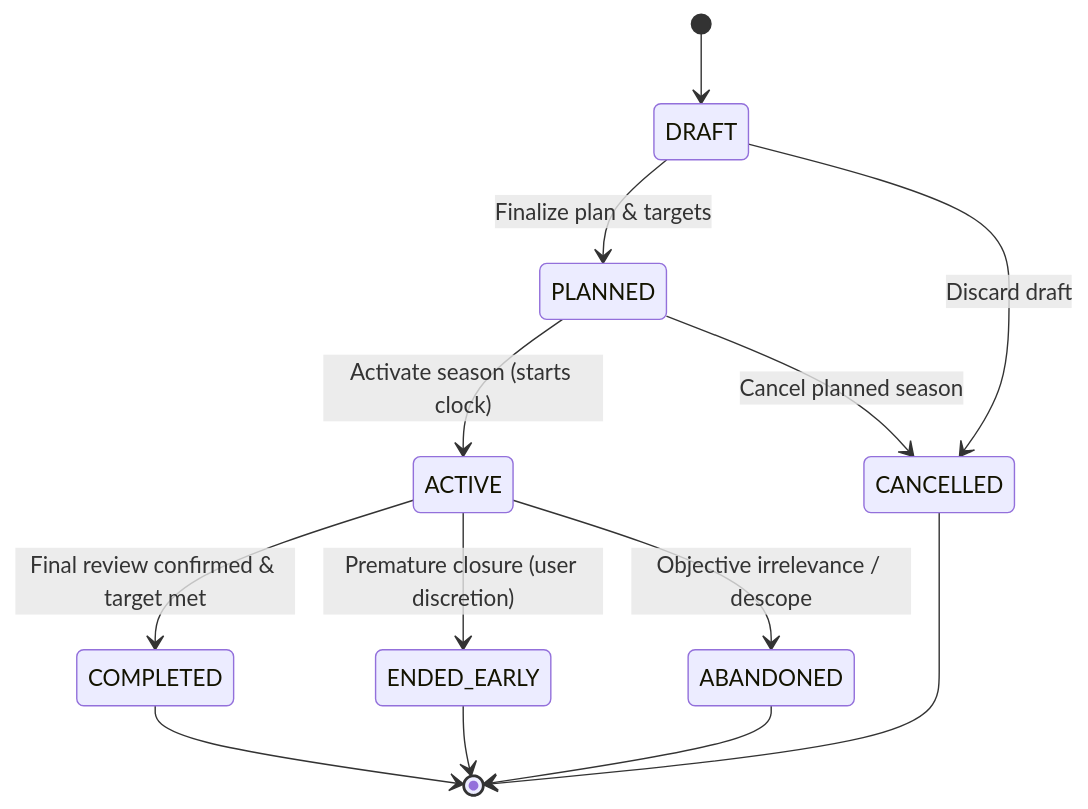
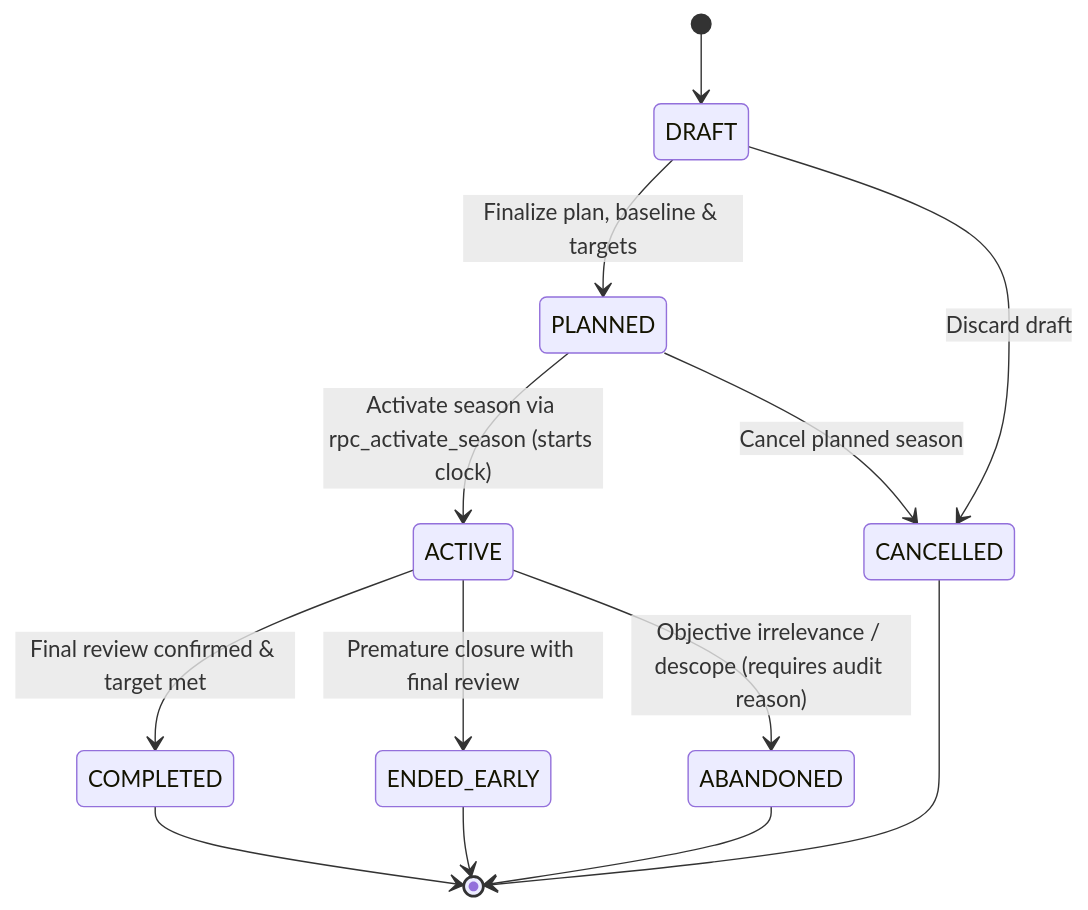
The first of 2 diagrams in docs/Phase8/03_SEASON_AND_REVIEW_SPEC.md (Daylily-Huang/AI-Personal-Growth-RPG), drawn with Mermaid before and after one commit. The commit also changed other lines of this file and 11 other files, not shown here.

````diff
--- a/docs/Phase8/03_SEASON_AND_REVIEW_SPEC.md
+++ b/docs/Phase8/03_SEASON_AND_REVIEW_SPEC.md
@@ -33,17 +33,17 @@
 ```mermaid
 stateDiagram-v2
     [*] --> DRAFT
-    DRAFT --> PLANNED: Finalize plan & targets
+    DRAFT --> PLANNED: Finalize plan, baseline & targets
     DRAFT --> CANCELLED: Discard draft
-    PLANNED --> ACTIVE: Activate season (starts clock)
+    PLANNED --> ACTIVE: Activate season via rpc_activate_season (starts clock)
     PLANNED --> CANCELLED: Cancel planned season
     
     ACTIVE --> COMPLETED: Final review confirmed & target met
-    ACTIVE --> ENDED_EARLY: Premature closure (user discretion)
-    ACTIVE --> ABANDONED: Objective irrelevance / descope
+    ACTIVE --> ENDED_EARLY: Premature closure with final review
+    ACTIVE --> ABANDONED: Objective irrelevance / descope (requires audit reason)
     
     COMPLETED --> [*]
     ENDED_EARLY --> [*]
     ABANDONED --> [*]
     CANCELLED --> [*]
 ```
````
